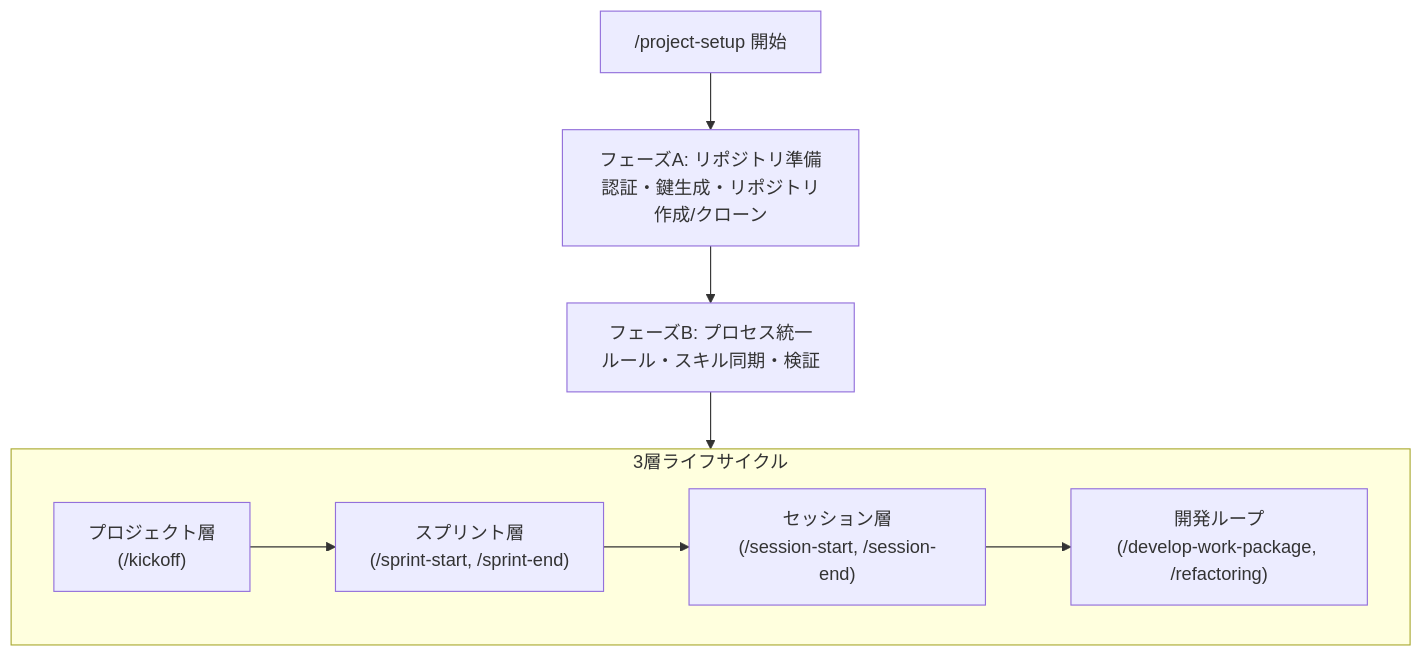
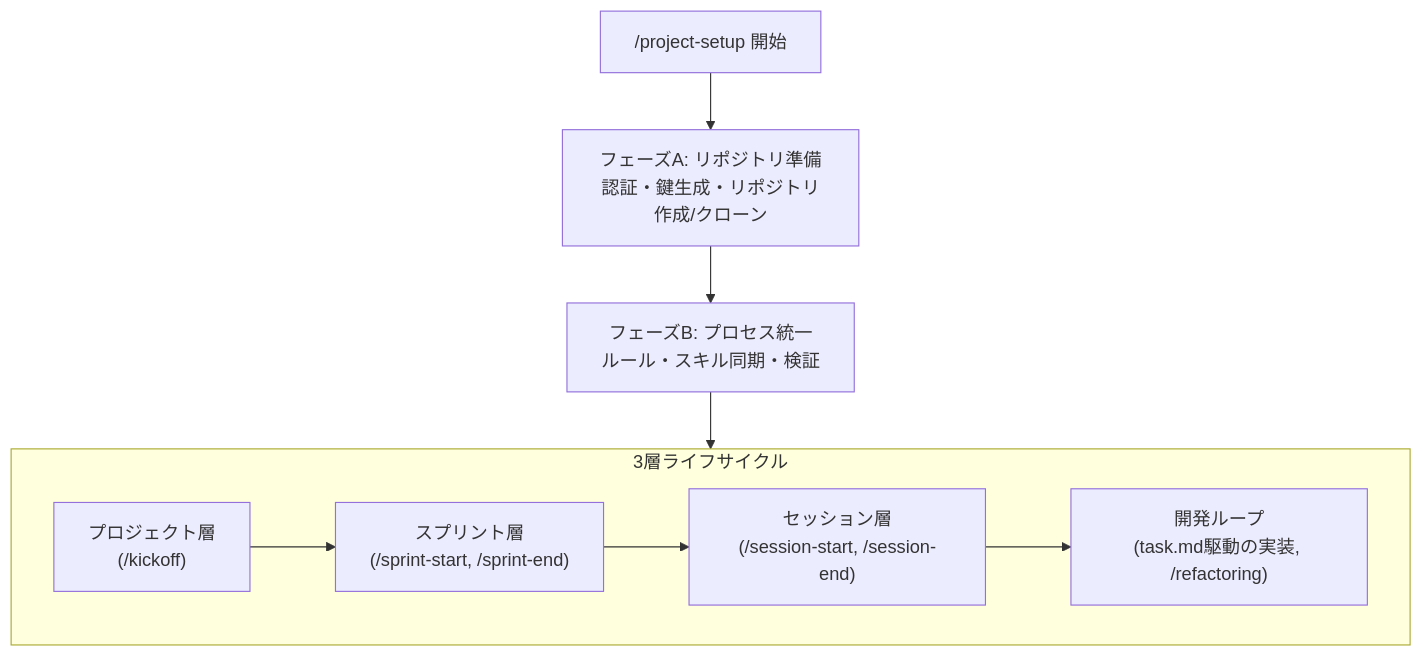
The diagram in README.md (future-trajectory-official/global-harness-manager), drawn with Mermaid before and after one commit. The commit also changed other lines of this file and 4 other files, not shown here.

First line of the commit message:
fix(workflows): task.md駆動を空洞化する固定パイプラインdevelop-work-packageを削除

````diff
--- a/README.md
+++ b/README.md
@@ -37,11 +37,11 @@
 ```mermaid
 flowchart TD
     Start["/project-setup 開始"] --> PhaseA["フェーズA: リポジトリ準備\n認証・鍵生成・リポジトリ作成/クローン"]
     PhaseA --> PhaseB["フェーズB: プロセス統一\nルール・スキル同期・検証"]
     PhaseB --> Lifecycle["3層ライフサイクル"]
     subgraph Lifecycle ["3層ライフサイクル"]
         Project["プロジェクト層\n(/kickoff)"] --> Sprint["スプリント層\n(/sprint-start, /sprint-end)"]
         Sprint --> Session["セッション層\n(/session-start, /session-end)"]
-        Session --> Dev["開発ループ\n(/develop-work-package, /refactoring)"]
+        Session --> Dev["開発ループ\n(task.md駆動の実装, /refactoring)"]
     end
 ```
````
